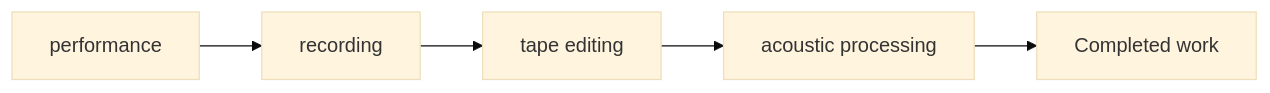
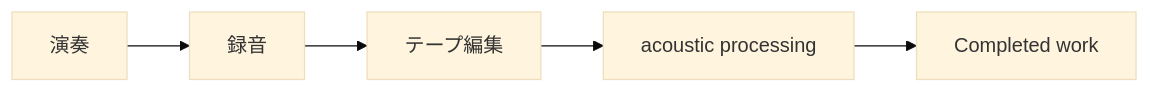
One commit to monumental-movement/monumental-movement.github.io changed the third of 20 diagrams in en/_posts/2026-07-02-column-influential-album-05.md. Above: the diagram before and after it, drawn with Mermaid (base theme). The commit also changed other lines of this file and 2196 other files, not shown here.

```diff
--- a/en/_posts/2026-07-02-column-influential-album-05.md
+++ b/en/_posts/2026-07-02-column-influential-album-05.md
@@ -188,11 +188,11 @@
 <div class="mermaid">
 flowchart LR
-A[performance]
-B[recording]
-C[tape editing]
+A[演奏]
+B[録音]
+C[テープ編集]
 D[acoustic processing]
 E[Completed work]
 
 A --> B --> C --> D --> E
 
 </div>
```
